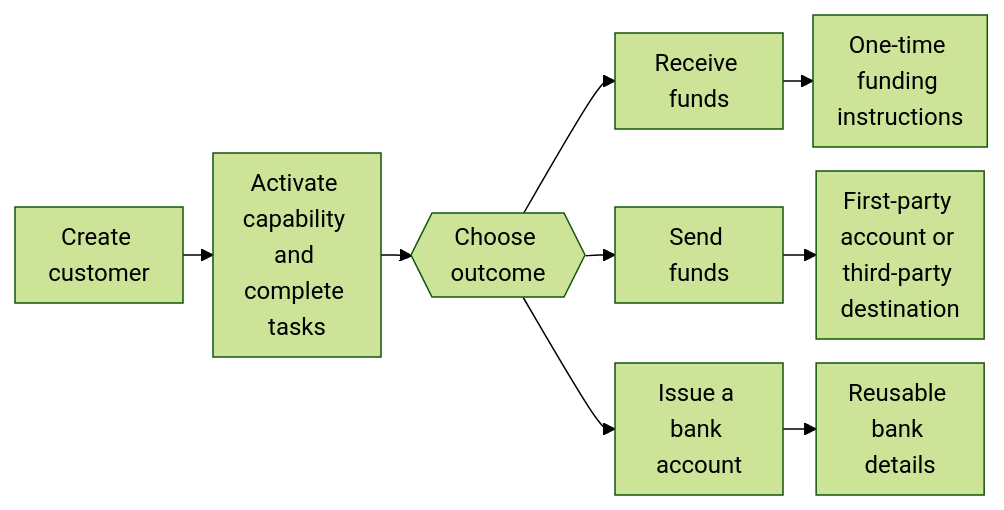
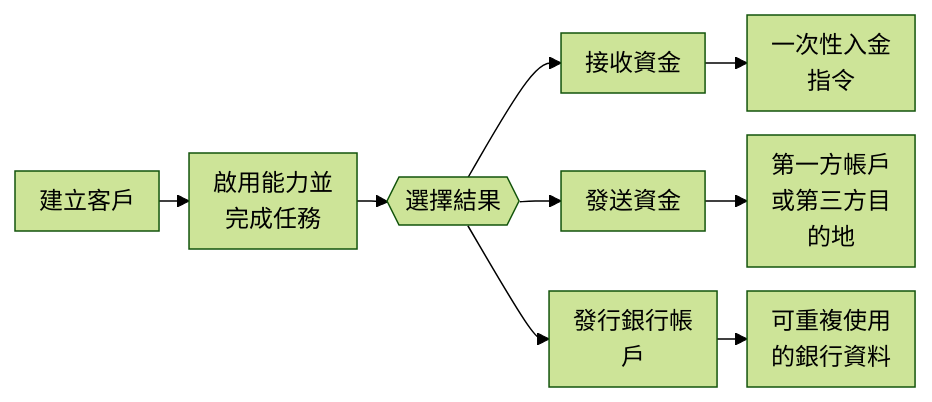
Before and after one commit to swipelux/public-docs: the diagram in zh-Hant/integration/common-flows.mdx, drawn with Mermaid (forest theme). The commit also changed 285 other files, not shown here.

````diff
--- a/zh-Hant/integration/common-flows.mdx
+++ b/zh-Hant/integration/common-flows.mdx
@@ -8,12 +8,12 @@
 ```mermaid
 %%{init: {"flowchart": {"rankSpacing": 20, "nodeSpacing": 16, "wrappingWidth": 80, "padding": 8}}}%%
 flowchart LR
-  A["Create customer"] --> B["Activate capability and complete tasks"]
-  B --> C{{"Choose outcome"}}
-  C --> D["Receive funds"]
-  C --> E["Send funds"]
-  C --> F["Issue a bank account"]
-  D --> G["One-time funding instructions"]
-  E --> H["First-party account or third-party destination"]
-  F --> I["Reusable bank details"]
+  A["建立客戶"] --> B["啟用能力並完成任務"]
+  B --> C{{"選擇結果"}}
+  C --> D["接收資金"]
+  C --> E["發送資金"]
+  C --> F["發行銀行帳戶"]
+  D --> G["一次性入金指令"]
+  E --> H["第一方帳戶或第三方目的地"]
+  F --> I["可重複使用的銀行資料"]
 ```
````
